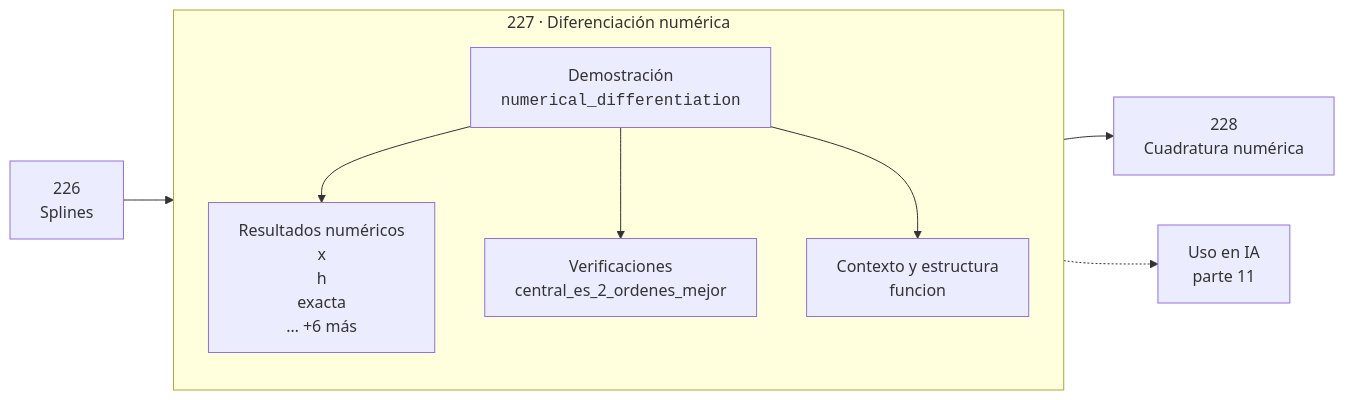
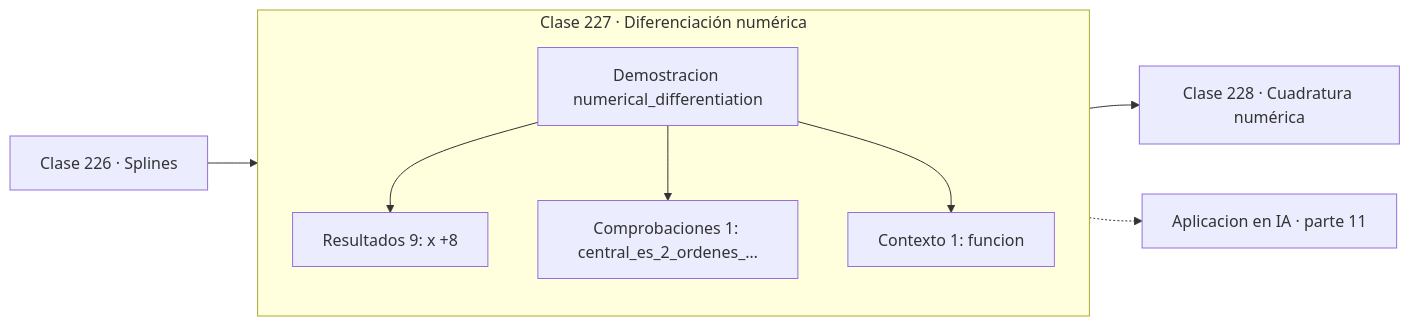
Before and after one commit to vladimiracunadev-create/computational-mathematics-program: the diagram in classes/part-11-metodos-numericos-y-computacion-cientifica/227-diferenciacion-numerica/README.md, drawn with Mermaid. The commit also changed 389 other files, not shown here.

First line of the commit message:
fix(diagramas): elimina el HTML de las etiquetas Mermaid

````diff
--- a/classes/part-11-metodos-numericos-y-computacion-cientifica/227-diferenciacion-numerica/README.md
+++ b/classes/part-11-metodos-numericos-y-computacion-cientifica/227-diferenciacion-numerica/README.md
@@ -30,12 +30,13 @@
 ```mermaid
 flowchart LR
-    P["226<br/>Splines"] --> C
-    subgraph C["227 · Diferenciación numérica"]
+    P["Clase 226 · Splines"] --> D
+    subgraph CLASE["Clase 227 · Diferenciación numérica"]
         direction TB
-        D["Demostración<br/><code>numerical_differentiation</code>"] --> R["Resultados numéricos<br/>x<br/>h<br/>exacta<br/>… +6 más"]
-        D --> V["Verificaciones<br/>central_es_2_ordenes_mejor"]
-        D --> O["Contexto y estructura<br/>funcion"]
+        D["Demostracion numerical_differentiation"]
+        D --> R["Resultados 9: x +8"]
+        D --> V["Comprobaciones 1: central_es_2_ordenes_…"]
+        D --> O["Contexto 1: funcion"]
     end
-    C --> N["228<br/>Cuadratura numérica"]
-    C -.-> IA["Uso en IA<br/>parte 11"]
+    R --> N["Clase 228 · Cuadratura numérica"]
+    V -.-> IA["Aplicacion en IA · parte 11"]
 ```
````
